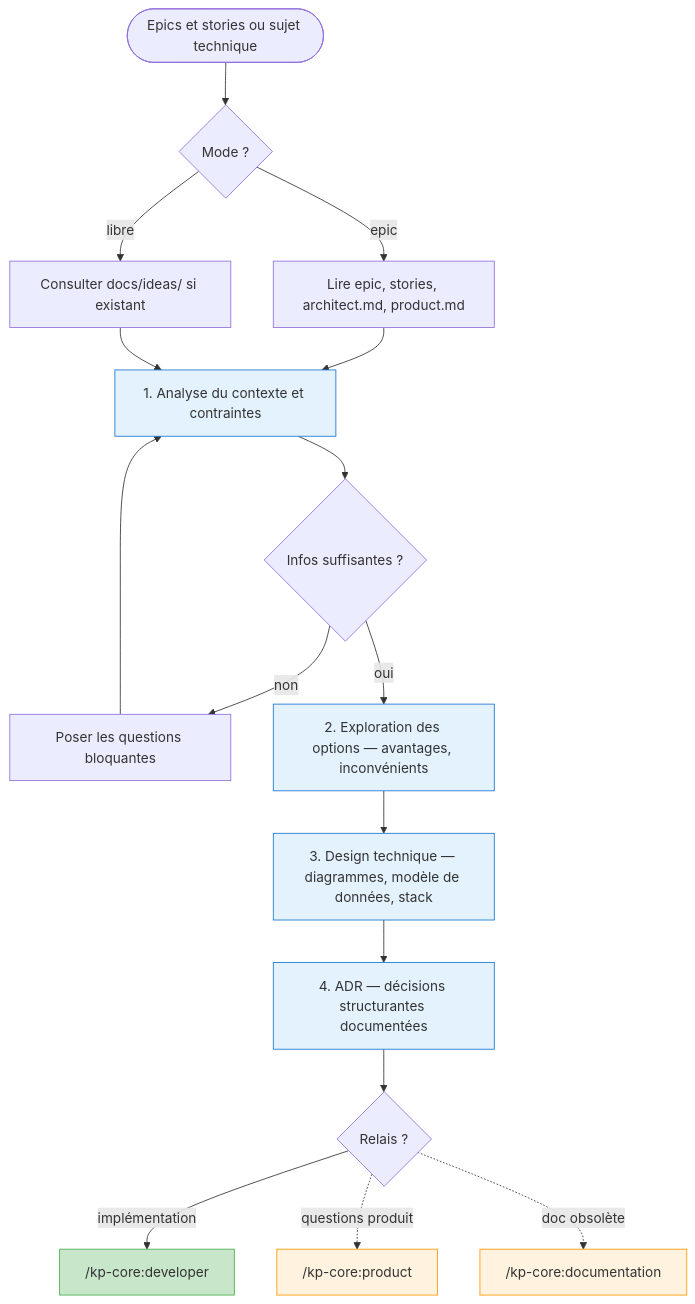
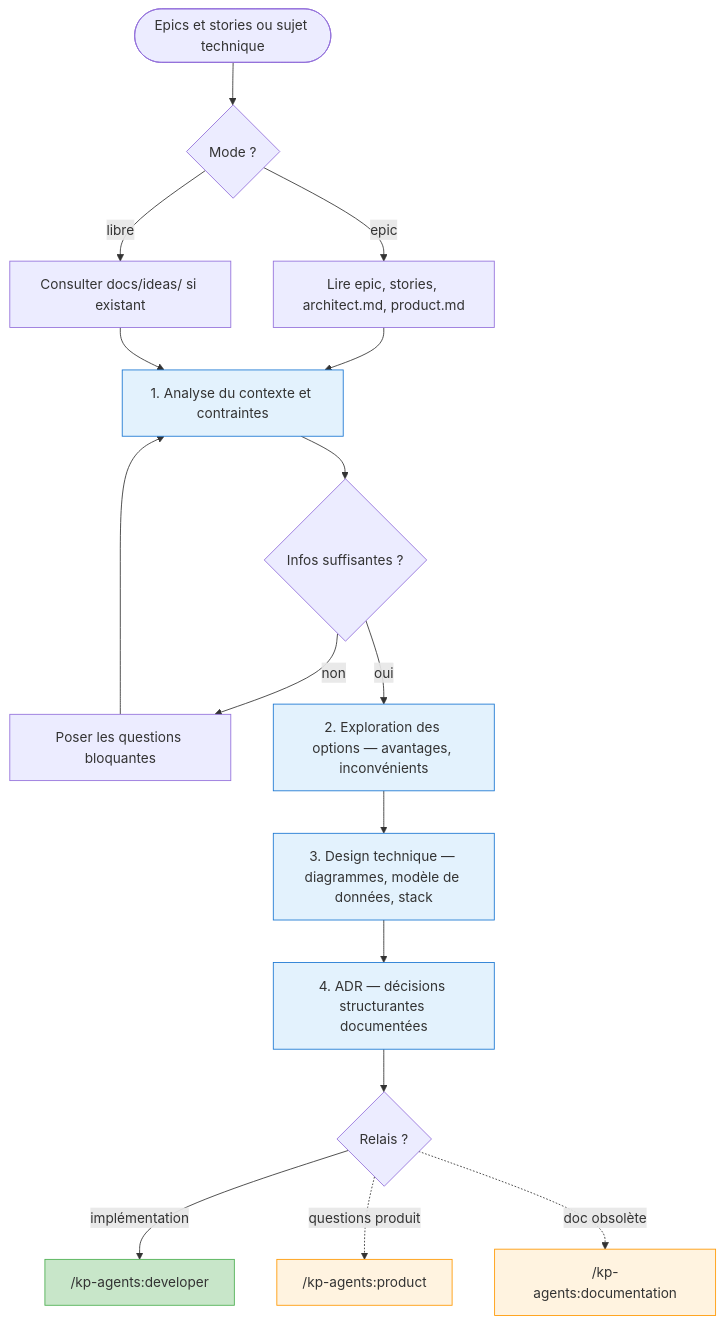
The fourth of 8 diagrams in docs/agents.md (KeyProd/kp-agents), drawn with Mermaid before and after one commit. The commit also changed other lines of this file and 22 other files, not shown here.

First line of the commit message:
feat(S-0003): release kp-agents-v0.1.0 (rename kp-core -> kp-agents + bump)

````diff
--- a/docs/agents.md
+++ b/docs/agents.md
@@ -166,36 +166,36 @@
 ```mermaid
 flowchart TD
     START([Epics et stories ou sujet technique]) --> MODE{Mode ?}
     MODE -->|epic| READ_EPIC[Lire epic, stories, architect.md, product.md]
     MODE -->|libre| READ_IDEAS[Consulter docs/ideas/ si existant]
     READ_EPIC --> ANALYSE
     READ_IDEAS --> ANALYSE
 
     ANALYSE[1. Analyse du contexte et contraintes]
     ANALYSE --> STOP_A{Infos suffisantes ?}
     STOP_A -->|non| QUESTIONS[Poser les questions bloquantes]
     QUESTIONS --> ANALYSE
     STOP_A -->|oui| OPTIONS
 
     OPTIONS[2. Exploration des options — avantages, inconvénients]
     OPTIONS --> DESIGN
 
     DESIGN[3. Design technique — diagrammes, modèle de données, stack]
     DESIGN --> ADR
 
     ADR[4. ADR — décisions structurantes documentées]
     ADR --> OUT
 
     OUT{Relais ?}
-    OUT -->|implémentation| DEV["/kp-core:developer"]
-    OUT -.->|questions produit| PRODUCT["/kp-core:product"]
-    OUT -.->|doc obsolète| DOC["/kp-core:documentation"]
+    OUT -->|implémentation| DEV["/kp-agents:developer"]
+    OUT -.->|questions produit| PRODUCT["/kp-agents:product"]
+    OUT -.->|doc obsolète| DOC["/kp-agents:documentation"]
 
     style ANALYSE fill:#e3f2fd,stroke:#1976D2
     style OPTIONS fill:#e3f2fd,stroke:#1976D2
     style DESIGN fill:#e3f2fd,stroke:#1976D2
     style ADR fill:#e3f2fd,stroke:#1976D2
     style DEV fill:#c8e6c9,stroke:#4CAF50
     style PRODUCT fill:#fff3e0,stroke:#FF9800
     style DOC fill:#fff3e0,stroke:#FF9800
 ```
````
